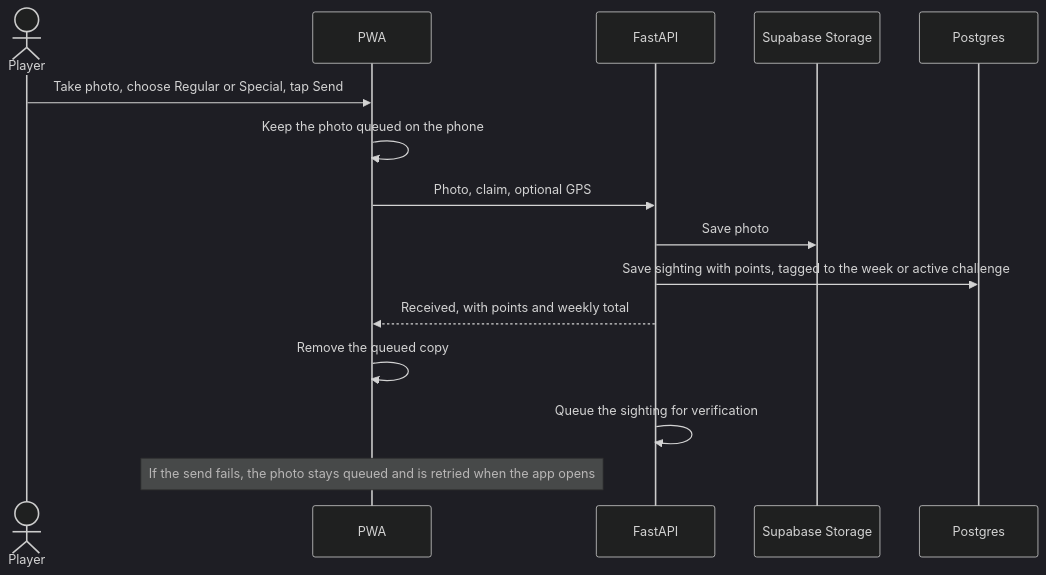
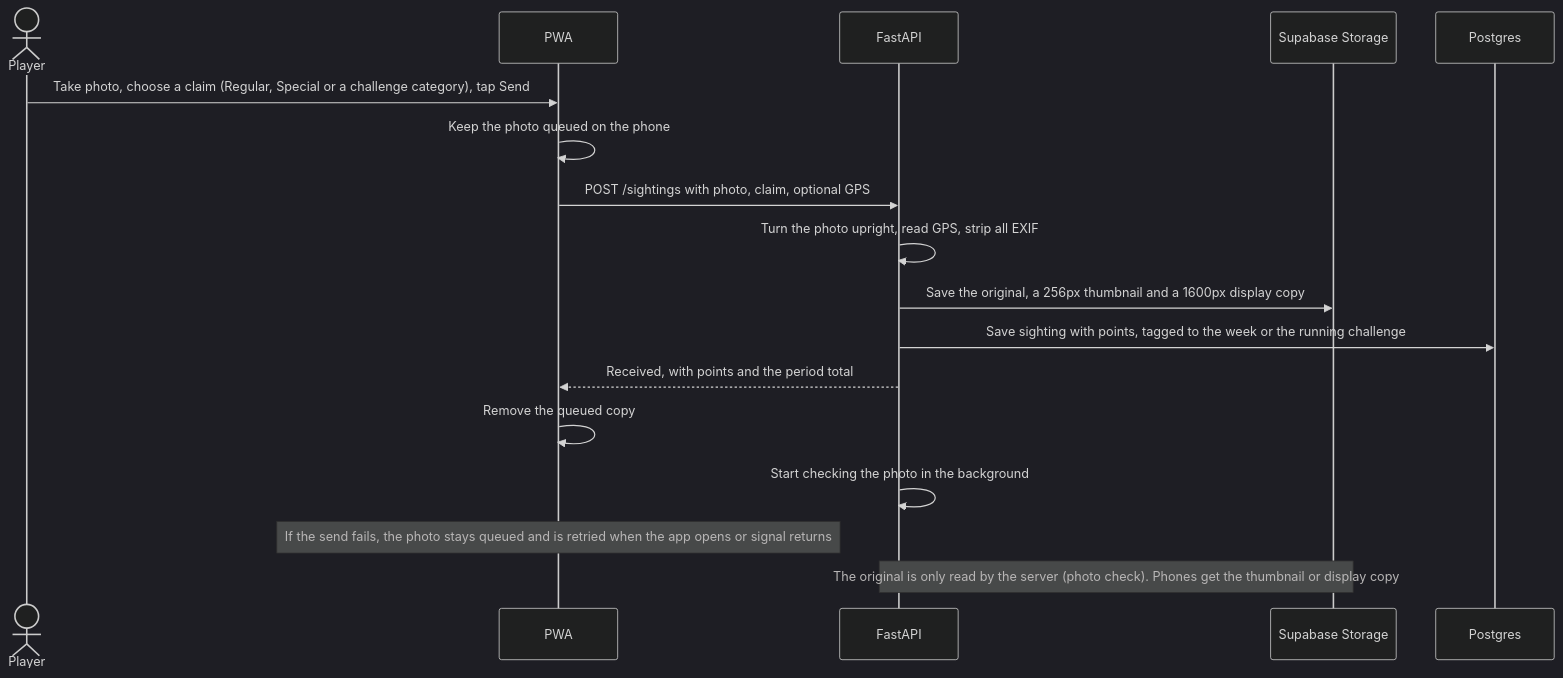
One commit to azamatsmith/soul-search changed the third of 6 diagrams in docs/architecture.md. Above: the diagram before and after it, drawn with Mermaid (dark theme). The commit also changed other lines of this file, not shown here.

Commit message:
docs: bring the architecture page up to date (#127)

````diff
--- a/docs/architecture.md
+++ b/docs/architecture.md
@@ -78,18 +79,20 @@
 ```mermaid
 sequenceDiagram
     actor player as Player
     participant pwa as PWA
     participant api as FastAPI
     participant storage as Supabase Storage
     participant db as Postgres
 
-    player->>pwa: Take photo, choose Regular or Special, tap Send
+    player->>pwa: Take photo, choose a claim (Regular, Special or a challenge category), tap Send
     pwa->>pwa: Keep the photo queued on the phone
-    pwa->>api: Photo, claim, optional GPS
-    api->>storage: Save photo
-    api->>db: Save sighting with points, tagged to the week or active challenge
-    api-->>pwa: Received, with points and weekly total
+    pwa->>api: POST /sightings with photo, claim, optional GPS
+    api->>api: Turn the photo upright, read GPS, strip all EXIF
+    api->>storage: Save the original, a 256px thumbnail and a 1600px display copy
+    api->>db: Save sighting with points, tagged to the week or the running challenge
+    api-->>pwa: Received, with points and the period total
     pwa->>pwa: Remove the queued copy
-    api->>api: Queue the sighting for verification
-    Note over pwa: If the send fails, the photo stays queued and is retried when the app opens
+    api->>api: Start checking the photo in the background
+    Note over pwa: If the send fails, the photo stays queued and is retried when the app opens or signal returns
+    Note over api,storage: The original is only read by the server (photo check). Phones get the thumbnail or display copy
 ```
````
